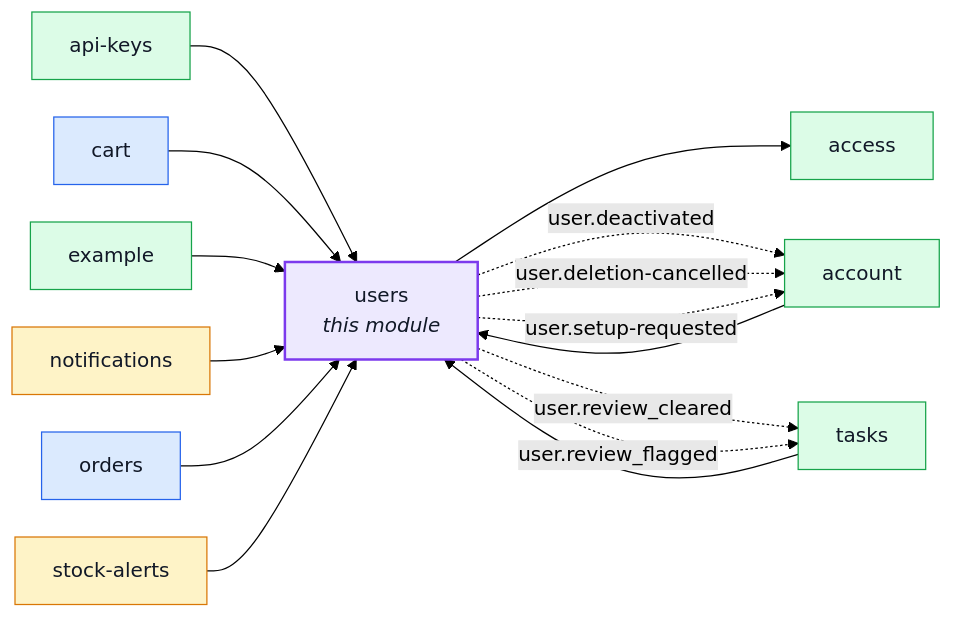
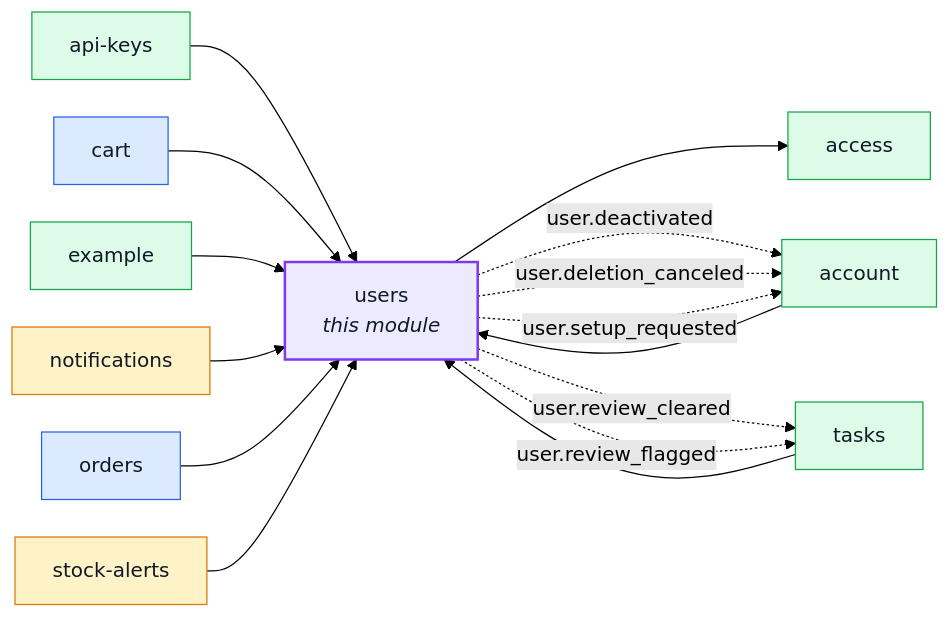
One commit to Guebbit/boilerplate-node-backend changed the first of 3 diagrams in docs/modules/users.md. Above: the diagram before and after it, drawn with Mermaid (forest theme). The commit also changed other lines of this file and 301 other files, not shown here.

````diff
--- a/docs/modules/users.md
+++ b/docs/modules/users.md
@@ -16,38 +16,38 @@
 ```mermaid
 %%{init: {'flowchart': {'nodeSpacing': 30, 'rankSpacing': 60}}}%%
 flowchart LR
     users["users<br/><i>this module</i>"]
     access["access"]
     account["account"]
     api_keys["api-keys"]
     cart["cart"]
     example["example"]
     notifications["notifications"]
     orders["orders"]
     stock_alerts["stock-alerts"]
     tasks["tasks"]
 
     account --> users
     api_keys --> users
     cart --> users
     example --> users
     notifications --> users
     orders --> users
     stock_alerts --> users
     tasks --> users
     users --> access
     users -. "user.deactivated" .-> account
-    users -. "user.deletion-cancelled" .-> account
-    users -. "user.setup-requested" .-> account
+    users -. "user.deletion_canceled" .-> account
+    users -. "user.setup_requested" .-> account
     users -. "user.review_cleared" .-> tasks
     users -. "user.review_flagged" .-> tasks
 
     classDef core fill:#dbeafe,stroke:#2563eb,color:#111827;
     classDef supporting fill:#fef3c7,stroke:#d97706,color:#111827;
     classDef generic fill:#dcfce7,stroke:#16a34a,color:#111827;
     classDef centre fill:#ede9fe,stroke:#7c3aed,stroke-width:2px,color:#111827;
     class cart,orders core;
     class notifications,stock_alerts supporting;
     class access,account,api_keys,example,tasks generic;
     class users centre;
 ```
````
